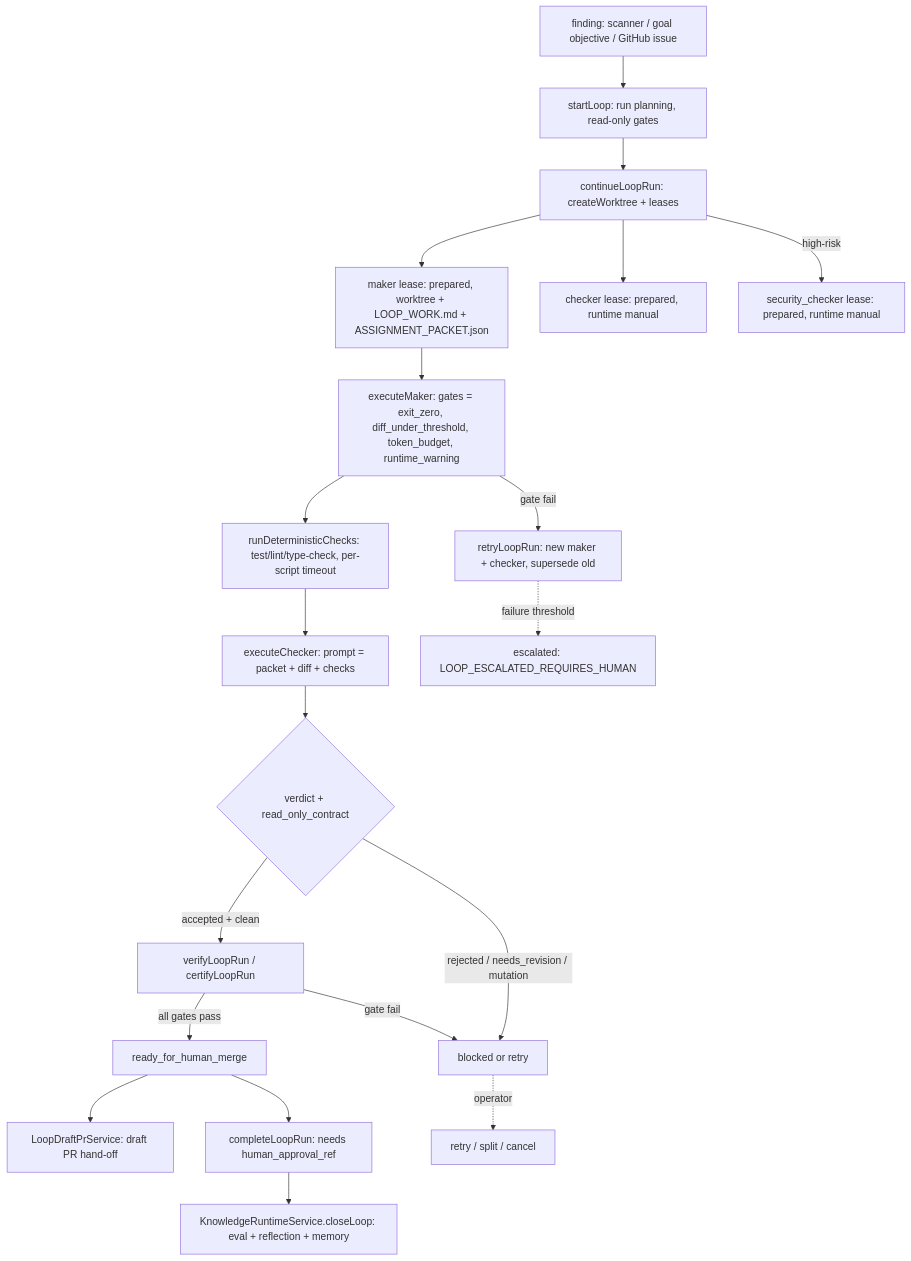
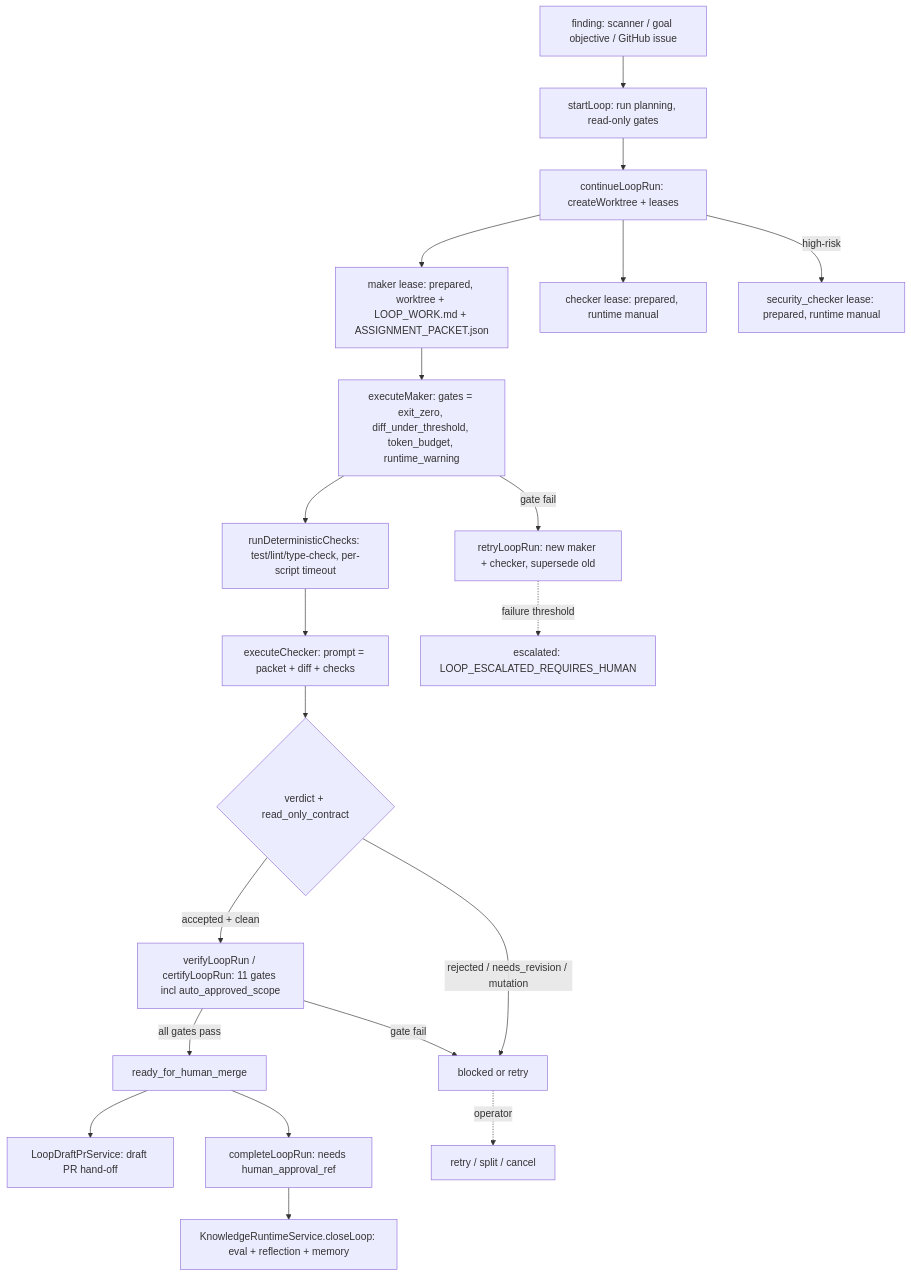
The diagram in openwiki/workflows/maker-checker-loop.md (djimit/djimitflo), drawn with Mermaid before and after one commit. The commit also changed other lines of this file and 41 other files, not shown here.

````diff
--- a/openwiki/workflows/maker-checker-loop.md
+++ b/openwiki/workflows/maker-checker-loop.md
@@ -122,22 +126,22 @@
 ```mermaid
 flowchart TD
   src["finding: scanner / goal objective / GitHub issue"] --> start["startLoop: run planning, read-only gates"]
   start --> cont["continueLoopRun: createWorktree + leases"]
   cont --> makerlease["maker lease: prepared, worktree + LOOP_WORK.md + ASSIGNMENT_PACKET.json"]
   cont --> checkerlease["checker lease: prepared, runtime manual"]
   cont -->|"high-risk"| seclease["security_checker lease: prepared, runtime manual"]
   makerlease --> execmaker["executeMaker: gates = exit_zero, diff_under_threshold, token_budget, runtime_warning"]
   execmaker --> checks["runDeterministicChecks: test/lint/type-check, per-script timeout"]
   execmaker -->|"gate fail"| makerretry["retryLoopRun: new maker + checker, supersede old"]
   checks --> execchecker["executeChecker: prompt = packet + diff + checks"]
   execchecker --> verdict{"verdict + read_only_contract"}
-  verdict -->|"accepted + clean"| verify["verifyLoopRun / certifyLoopRun"]
+  verdict -->|"accepted + clean"| verify["verifyLoopRun / certifyLoopRun: 11 gates incl auto_approved_scope"]
   verdict -->|"rejected / needs_revision / mutation"| blocked["blocked or retry"]
   verify -->|"all gates pass"| ready["ready_for_human_merge"]
   verify -->|"gate fail"| blocked
   ready --> draftpr["LoopDraftPrService: draft PR hand-off"]
   ready --> complete["completeLoopRun: needs human_approval_ref"]
   complete --> close["KnowledgeRuntimeService.closeLoop: eval + reflection + memory"]
   makerretry -.->|"failure threshold"| escalated["escalated: LOOP_ESCALATED_REQUIRES_HUMAN"]
   blocked -.->|"operator"| retry["retry / split / cancel"]
 ```
````
